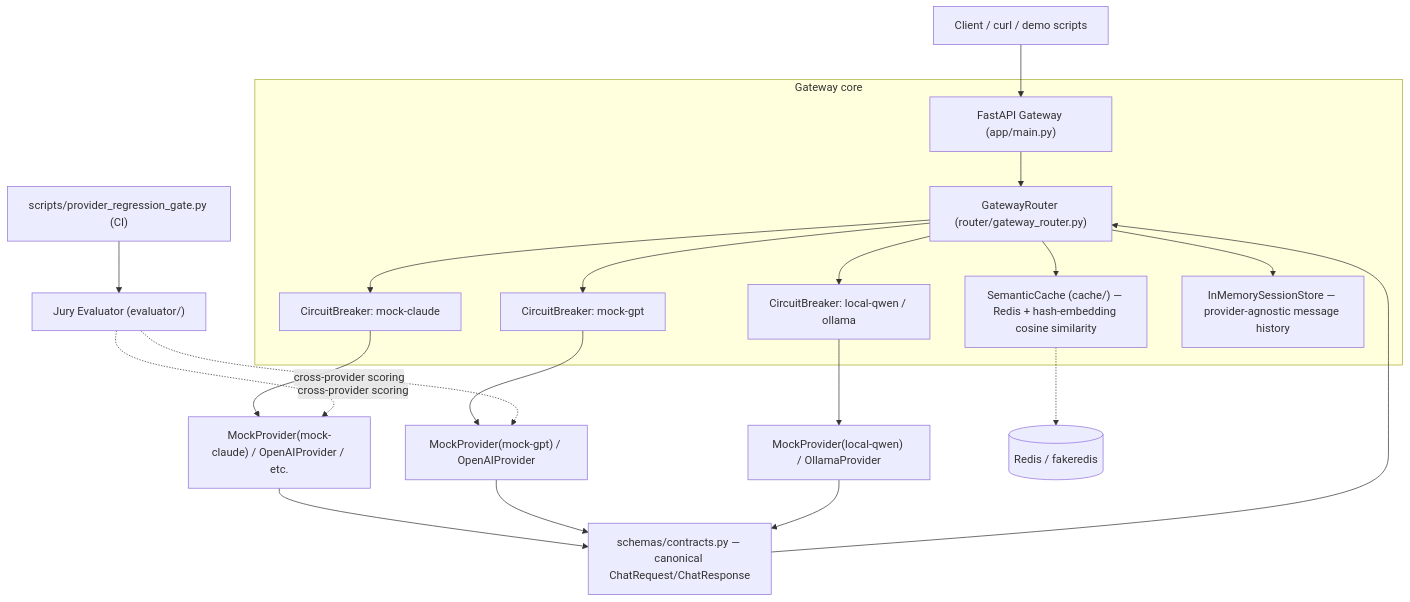
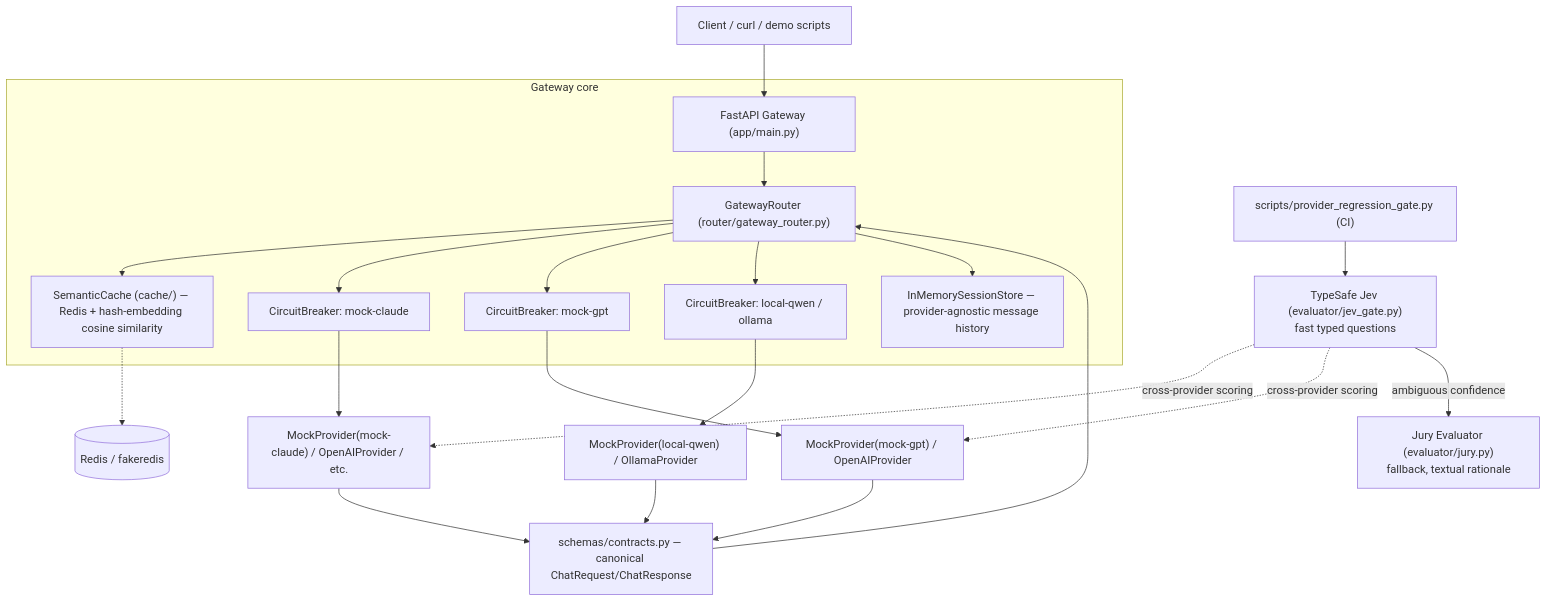
Before and after one commit to sehgalnamit/enterprise-llm-gateway-router: the first of 5 diagrams in README.md, drawn with Mermaid. The commit also changed other lines of this file, not shown here.

First line of the commit message:
README: document TypeSafe Jev + confidence-gated routing evaluator design

````diff
--- a/README.md
+++ b/README.md
@@ -53,29 +56,30 @@
 ```mermaid
 flowchart TB
     Client["Client / curl / demo scripts"] --> API["FastAPI Gateway (app/main.py)"]
 
     subgraph Gateway["Gateway core"]
         API --> Router["GatewayRouter (router/gateway_router.py)"]
         Router --> Cache["SemanticCache (cache/) — Redis + hash-embedding cosine similarity"]
         Router --> CB1["CircuitBreaker: mock-claude"]
         Router --> CB2["CircuitBreaker: mock-gpt"]
         Router --> CB3["CircuitBreaker: local-qwen / ollama"]
         Router --> Sessions["InMemorySessionStore — provider-agnostic message history"]
     end
 
     CB1 --> AdapterA["MockProvider(mock-claude) / OpenAIProvider / etc."]
     CB2 --> AdapterB["MockProvider(mock-gpt) / OpenAIProvider"]
     CB3 --> AdapterC["MockProvider(local-qwen) / OllamaProvider"]
 
     AdapterA --> Contract["schemas/contracts.py — canonical ChatRequest/ChatResponse"]
     AdapterB --> Contract
     AdapterC --> Contract
 
     Contract --> Router
 
-    Jury["Jury Evaluator (evaluator/)"] -. cross-provider scoring .-> AdapterA
-    Jury -. cross-provider scoring .-> AdapterB
-    Gate["scripts/provider_regression_gate.py (CI)"] --> Jury
+    Jev["TypeSafe Jev (evaluator/jev_gate.py)\nfast typed questions"] -. cross-provider scoring .-> AdapterA
+    Jev -. cross-provider scoring .-> AdapterB
+    Jev -- "ambiguous confidence" --> Jury["Jury Evaluator (evaluator/jury.py)\nfallback, textual rationale"]
+    Gate["scripts/provider_regression_gate.py (CI)"] --> Jev
 
     Cache -.-> Redis[("Redis / fakeredis")]
 ```
````
